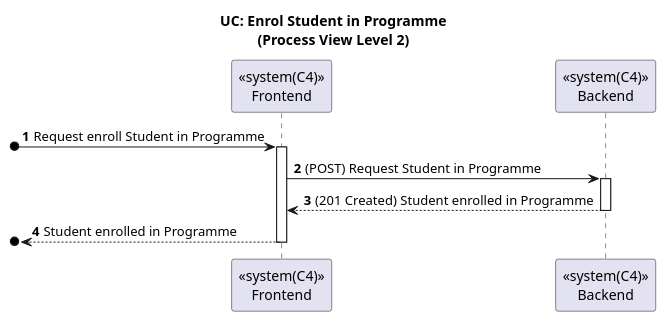
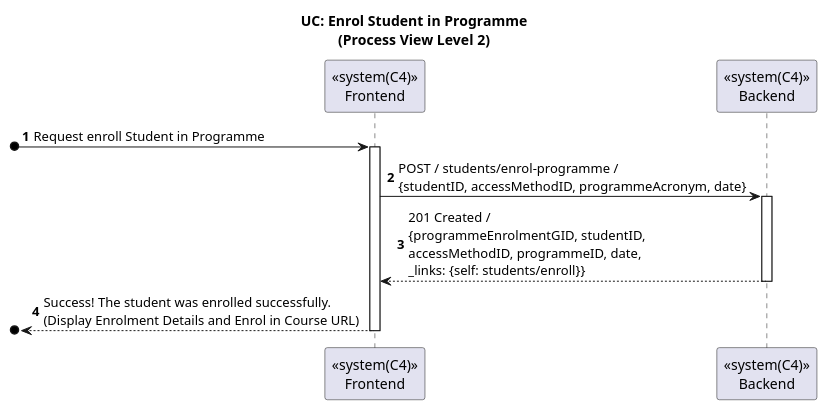
One commit to GasparISEP/DevOps-PAI changed the diagram in docs/US09/ProcessView/level2Diagrams/Level2REST.puml. Above: the diagram before and after it, drawn with PlantUML.

Commit message:
Updated Level 2 ProcessView SSD for US09/33 REF #783

```diff
--- a/docs/US09/ProcessView/level2Diagrams/Level2REST.puml
+++ b/docs/US09/ProcessView/level2Diagrams/Level2REST.puml
@@ -1,17 +1,17 @@
 @startuml
 
 title UC: Enrol Student in Programme\n(Process View Level 2)
 autonumber
 
 participant "<<system(C4)>>\nFrontend" as FE
 participant "<<system(C4)>>\nBackend" as BE
 
 [o-> FE: Request enroll Student in Programme
 activate FE
-FE -> BE: (POST) Request Student in Programme
+FE -> BE: POST / students/enrol-programme /\n{studentID, accessMethodID, programmeAcronym, date}\t
 activate BE
-BE --> FE: (201 Created) Student enrolled in Programme
+BE --> FE: 201 Created /\n{programmeEnrolmentGID, studentID,\naccessMethodID, programmeID, date,\n_links: {self: students/enroll}}
 deactivate BE
-[o<-- FE: Student enrolled in Programme
+[o<-- FE: Success! The student was enrolled successfully.\t\n(Display Enrolment Details and Enrol in Course URL)\t
 deactivate FE
 @enduml
```
